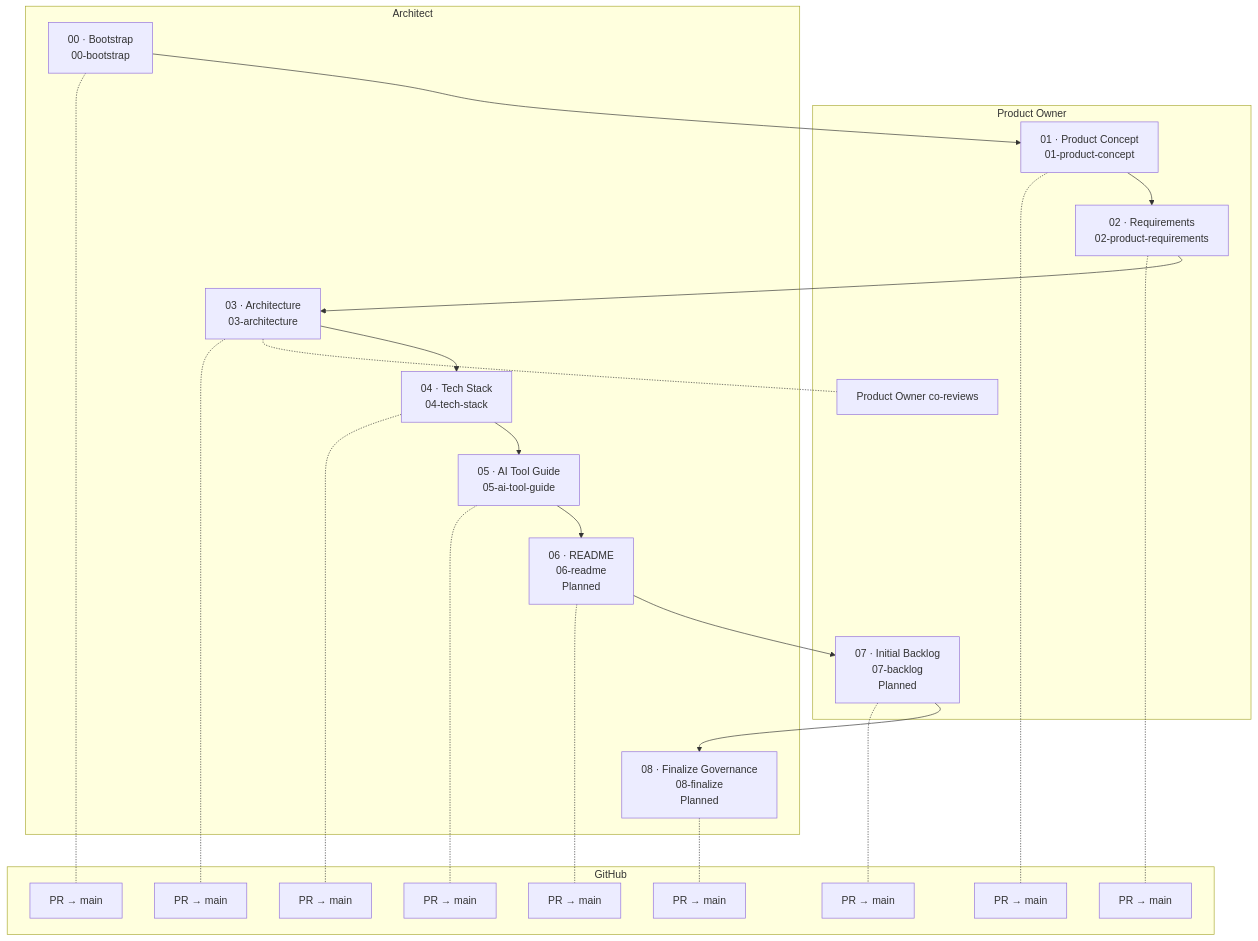
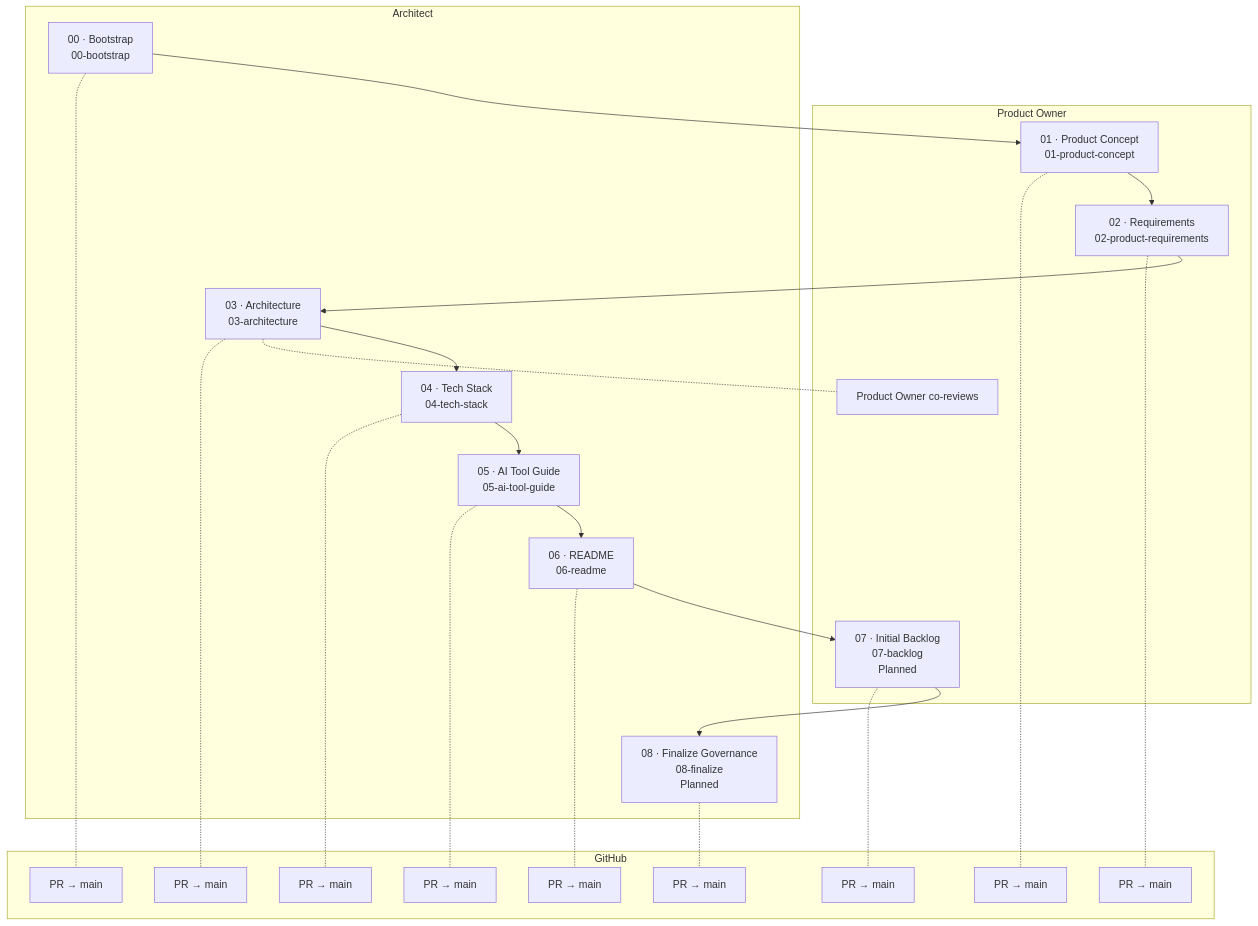
Before and after one commit to viralparikh-dev/cuevik-plugins: the first of 3 diagrams in docs/guides/Cuevik-Plugins_Walkthrough.md, drawn with Mermaid. The commit also changed other lines of this file and 12 other files, not shown here.

````diff
--- a/docs/guides/Cuevik-Plugins_Walkthrough.md
+++ b/docs/guides/Cuevik-Plugins_Walkthrough.md
@@ -80,46 +80,46 @@
 ```mermaid
 flowchart TB
   subgraph PO["Product Owner"]
     M1["01 · Product Concept<br/>01-product-concept"]
     M2["02 · Requirements<br/>02-product-requirements"]
     S3_1["Product Owner co-reviews"]
     M7["07 · Initial Backlog<br/>07-backlog<br/>Planned"]
   end
   subgraph AR["Architect"]
     M0["00 · Bootstrap<br/>00-bootstrap"]
     M3["03 · Architecture<br/>03-architecture"]
     M4["04 · Tech Stack<br/>04-tech-stack"]
     M5["05 · AI Tool Guide<br/>05-ai-tool-guide"]
-    M6["06 · README<br/>06-readme<br/>Planned"]
+    M6["06 · README<br/>06-readme"]
     M8["08 · Finalize Governance<br/>08-finalize<br/>Planned"]
   end
   subgraph GH["GitHub"]
     S0_0["PR → main"]
     S1_0["PR → main"]
     S2_0["PR → main"]
     S3_0["PR → main"]
     S4_0["PR → main"]
     S5_0["PR → main"]
     S6_0["PR → main"]
     S7_0["PR → main"]
     S8_0["PR → main"]
   end
   M0 -.- S0_0
   M0 --> M1
   M1 -.- S1_0
   M1 --> M2
   M2 -.- S2_0
   M2 --> M3
   M3 -.- S3_0
   M3 -.- S3_1
   M3 --> M4
   M4 -.- S4_0
   M4 --> M5
   M5 -.- S5_0
   M5 --> M6
   M6 -.- S6_0
   M6 --> M7
   M7 -.- S7_0
   M7 --> M8
   M8 -.- S8_0
 ```
````
